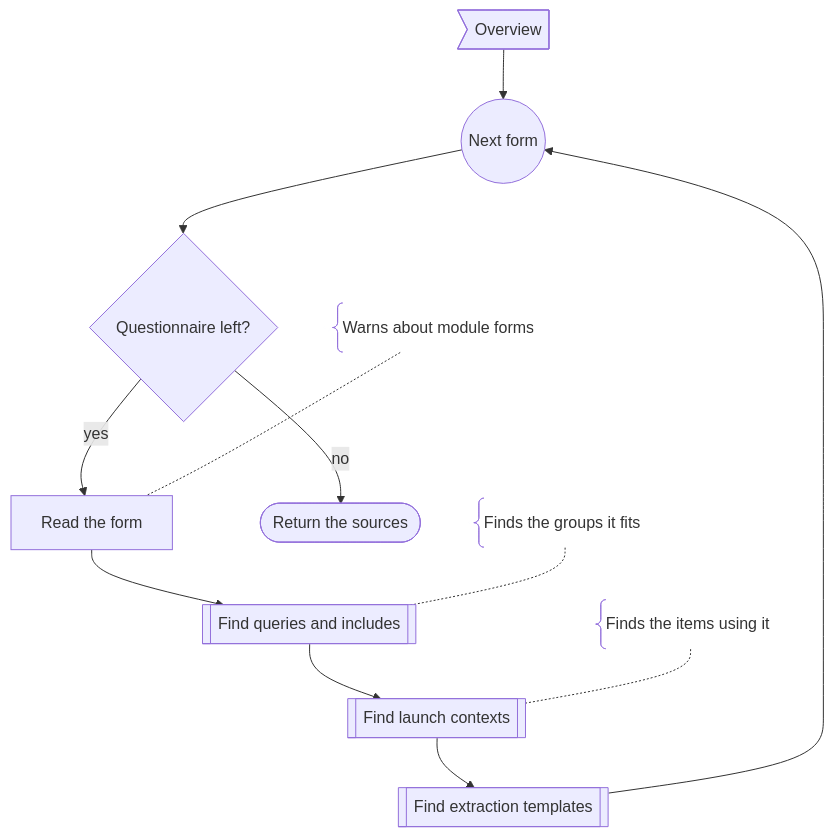
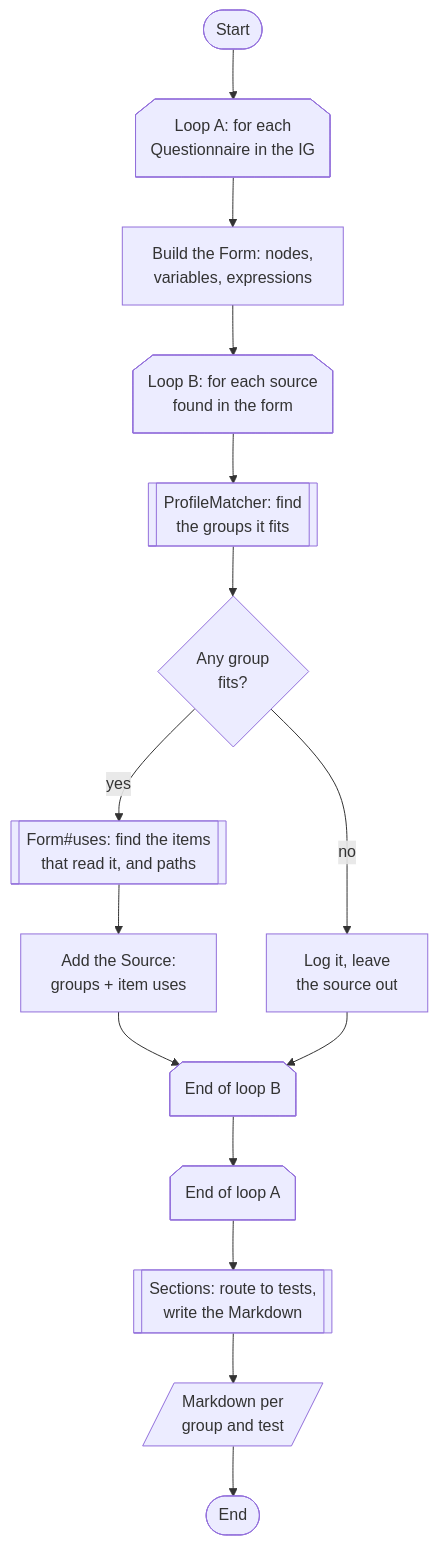
Before and after one commit to hl7au/inferno_suite_generator: the second of 5 diagrams in documentation/questionnaire_usage_tracing.md, drawn with Mermaid. The commit also changed other lines of this file, not shown here.

Commit message:
Update documentation for the questionnaire usage tracing feature

````diff
--- a/documentation/questionnaire_usage_tracing.md
+++ b/documentation/questionnaire_usage_tracing.md
@@ -80,25 +287,17 @@
 ```mermaid
 flowchart TD
-    n0>"Overview"]
-    n1(("Next form"))
-    n2{"Questionnaire left?"}
-    n3["Read the form"]
-    n4[["Find queries and includes"]]
-    n5[["Find launch contexts"]]
-    n6[["Find extraction templates"]]
-    n7(["Return the sources"])
-    n8@{ shape: brace, label: "Warns about module forms" }
-    n9@{ shape: brace, label: "Finds the groups it fits" }
-    n10@{ shape: brace, label: "Finds the items using it" }
-    n0 --> n1
-    n1 --> n2
-    n2 -->|"yes"| n3
-    n2 -->|"no"| n7
-    n3 --> n4
-    n4 --> n5
-    n5 --> n6
-    n6 --> n1
-    n8 -.- n3
-    n9 -.- n4
-    n10 -.- n5
+    start([Start]) --> loop_a@{ shape: notch-pent, label: "Loop A: for each<br/>Questionnaire in the IG" }
+    loop_a --> form["Build the Form: nodes,<br/>variables, expressions"]
+    form --> loop_b@{ shape: notch-pent, label: "Loop B: for each source<br/>found in the form" }
+    loop_b --> matcher[["ProfileMatcher: find<br/>the groups it fits"]]
+    matcher --> fits{"Any group<br/>fits?"}
+    fits -- yes --> uses[["Form#uses: find the items<br/>that read it, and paths"]]
+    fits -- no --> skip["Log it, leave<br/>the source out"]
+    uses --> add["Add the Source:<br/>groups + item uses"]
+    add --> end_b@{ shape: notch-pent, label: "End of loop B" }
+    skip --> end_b
+    end_b --> end_a@{ shape: notch-pent, label: "End of loop A" }
+    end_a --> sections[["Sections: route to tests,<br/>write the Markdown"]]
+    sections --> markdown[/"Markdown per<br/>group and test"/]
+    markdown --> finish([End])
 ```
````
